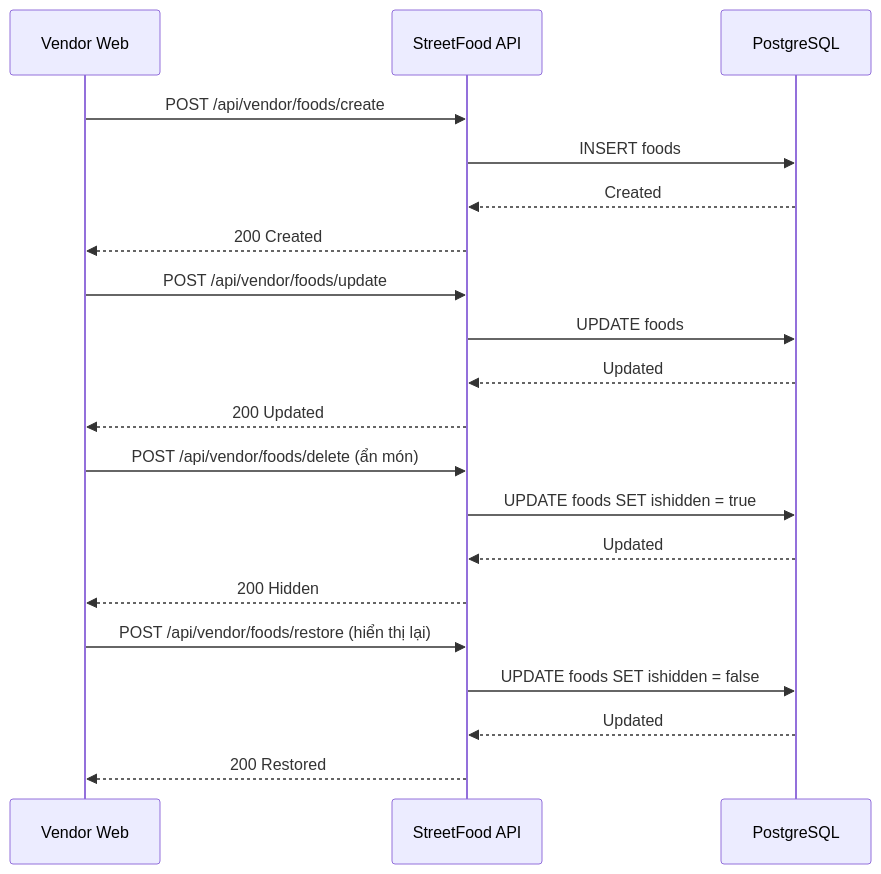
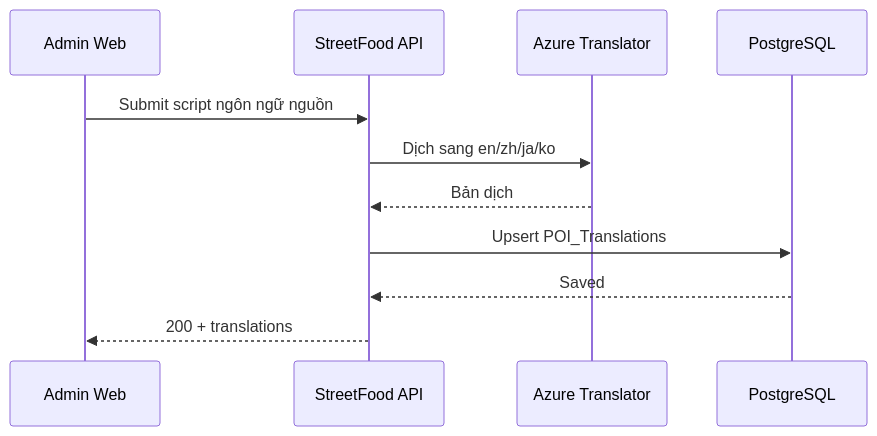
One commit to NguyenPhuc-Du/StreetFood changed diagram 18 of 46 in prd.md. Above: the diagram before and after it, drawn with Mermaid. The commit also changed other lines of this file and 1 other file, not shown here.

````diff
--- a/prd.md
+++ b/prd.md
@@ -905,26 +915,13 @@
 ```mermaid
 sequenceDiagram
-    participant V as Vendor Web
+    participant A as Admin Web
     participant API as StreetFood API
+    participant T as Azure Translator
     participant DB as PostgreSQL
-
-    V->>API: POST /api/vendor/foods/create
-    API->>DB: INSERT foods
-    DB-->>API: Created
-    API-->>V: 200 Created
-
-    V->>API: POST /api/vendor/foods/update
-    API->>DB: UPDATE foods
-    DB-->>API: Updated
-    API-->>V: 200 Updated
-
-    V->>API: POST /api/vendor/foods/delete (ẩn món)
-    API->>DB: UPDATE foods SET ishidden = true
-    DB-->>API: Updated
-    API-->>V: 200 Hidden
-
-    V->>API: POST /api/vendor/foods/restore (hiển thị lại)
-    API->>DB: UPDATE foods SET ishidden = false
-    DB-->>API: Updated
-    API-->>V: 200 Restored
+    A->>API: Submit script ngôn ngữ nguồn
+    API->>T: Dịch sang en/zh/ja/ko
+    T-->>API: Bản dịch
+    API->>DB: Upsert POI_Translations
+    DB-->>API: Saved
+    API-->>A: 200 + translations
 ```
````
